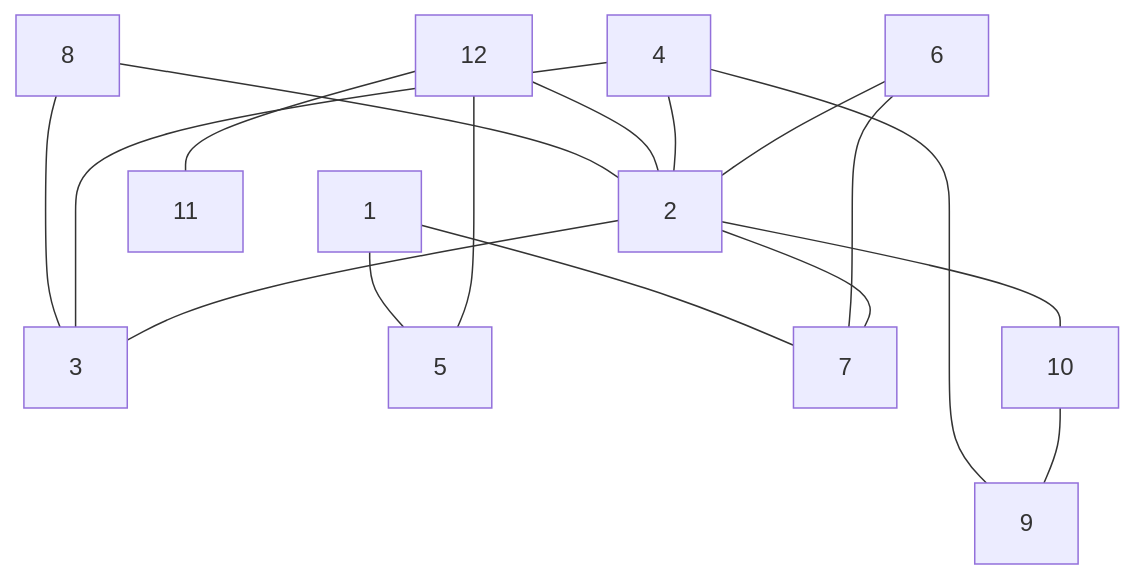
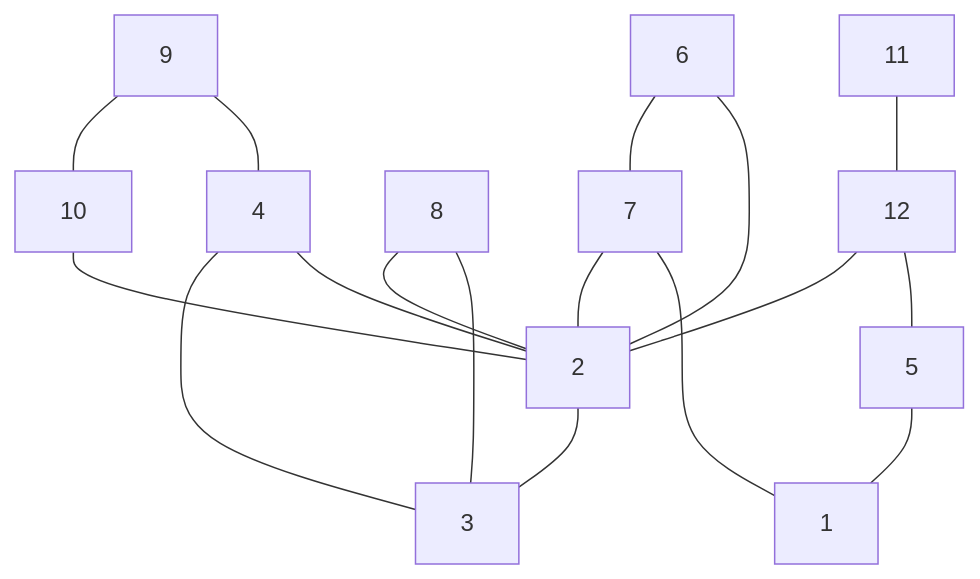
The diagram in README.md (antononcube/Raku-Graph), drawn with Mermaid before and after one commit. The commit also changed other lines of this file and 1 other file, not shown here.

Commit message:
docs:Updated and marked TODO items.

````diff
--- a/README.md
+++ b/README.md
@@ -156,19 +156,19 @@
 ```mermaid
 graph TD
+6 --- 7
+6 --- 2
+11 --- 12
+8 --- 2
 8 --- 3
-8 --- 2
-1 --- 7
-1 --- 5
+9 --- 10
+9 --- 4
+4 --- 3
+4 --- 2
+12 --- 2
 12 --- 5
-12 --- 11
-12 --- 2
-4 --- 3
-4 --- 9
-4 --- 2
-6 --- 2
-6 --- 7
-2 --- 7
-2 --- 10
+10 --- 2
+7 --- 2
+7 --- 1
 2 --- 3
-10 --- 9
+5 --- 1
 ```
````
